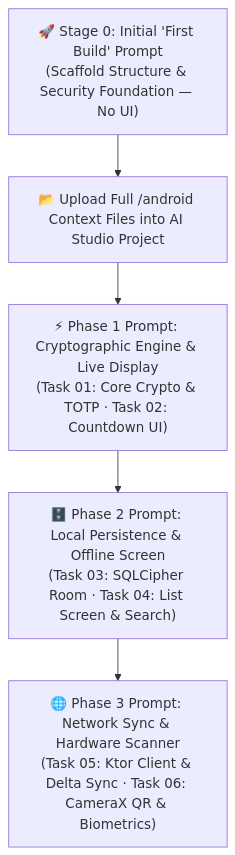
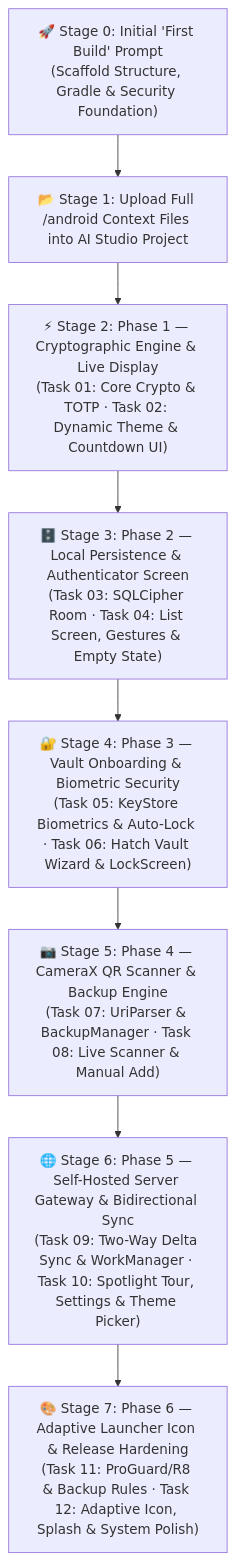
Before and after one commit to ClawStackStudios/ShellGuard: the diagram in android/meta-prompt-ai-studio.md, drawn with Mermaid. The commit also changed other lines of this file and 3 other files, not shown here.

Commit message:
feat: implement dynamic theme engine with adaptive light/dark mode and multi-accent support

````diff
--- a/android/meta-prompt-ai-studio.md
+++ b/android/meta-prompt-ai-studio.md
@@ -12,13 +12,19 @@
 ```mermaid
 flowchart TD
-    Step0["🚀 Stage 0: Initial 'First Build' Prompt<br/>(Scaffold Structure & Security Foundation — No UI)"]
-    UploadContext["📂 Upload Full /android Context Files into AI Studio Project"]
-    Phase1["⚡ Phase 1 Prompt: Cryptographic Engine & Live Display<br/>(Task 01: Core Crypto & TOTP · Task 02: Countdown UI)"]
-    Phase2["🗄️ Phase 2 Prompt: Local Persistence & Offline Screen<br/>(Task 03: SQLCipher Room · Task 04: List Screen & Search)"]
-    Phase3["🌐 Phase 3 Prompt: Network Sync & Hardware Scanner<br/>(Task 05: Ktor Client & Delta Sync · Task 06: CameraX QR & Biometrics)"]
+    Step0["🚀 Stage 0: Initial 'First Build' Prompt<br/>(Scaffold Structure, Gradle & Security Foundation)"]
+    UploadContext["📂 Stage 1: Upload Full /android Context Files into AI Studio Project"]
+    Phase1["⚡ Stage 2: Phase 1 — Cryptographic Engine & Live Display<br/>(Task 01: Core Crypto & TOTP · Task 02: Dynamic Theme & Countdown UI)"]
+    Phase2["🗄️ Stage 3: Phase 2 — Local Persistence & Authenticator Screen<br/>(Task 03: SQLCipher Room · Task 04: List Screen, Gestures & Empty State)"]
+    Phase3["🔐 Stage 4: Phase 3 — Vault Onboarding & Biometric Security<br/>(Task 05: KeyStore Biometrics & Auto-Lock · Task 06: Hatch Vault Wizard & LockScreen)"]
+    Phase4["📷 Stage 5: Phase 4 — CameraX QR Scanner & Backup Engine<br/>(Task 07: UriParser & BackupManager · Task 08: Live Scanner & Manual Add)"]
+    Phase5["🌐 Stage 6: Phase 5 — Self-Hosted Server Gateway & Bidirectional Sync<br/>(Task 09: Two-Way Delta Sync & WorkManager · Task 10: Spotlight Tour, Settings & Theme Picker)"]
+    Phase6["🎨 Stage 7: Phase 6 — Adaptive Launcher Icon & Release Hardening<br/>(Task 11: ProGuard/R8 & Backup Rules · Task 12: Adaptive Icon, Splash & System Polish)"]
 
     Step0 --> UploadContext
     UploadContext --> Phase1
     Phase1 --> Phase2
     Phase2 --> Phase3
+    Phase3 --> Phase4
+    Phase4 --> Phase5
+    Phase5 --> Phase6
 ```
````
